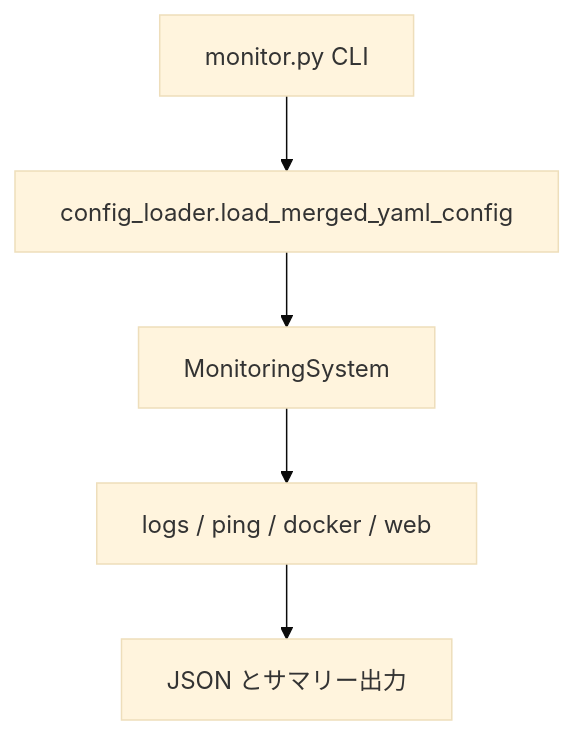
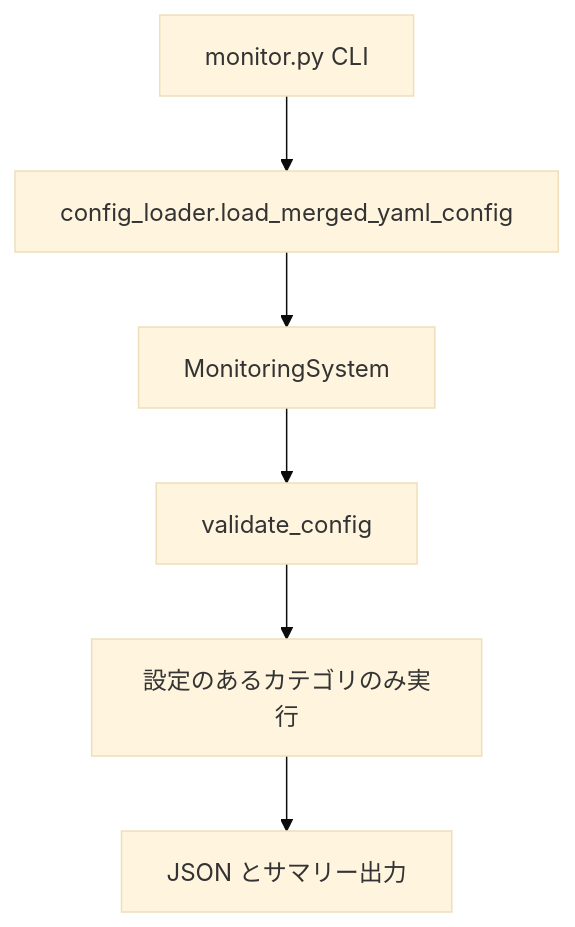
The diagram in docs/architecture.md (wazyc/BeaconBase), drawn with Mermaid (base theme) before and after one commit. The commit also changed other lines of this file and 12 other files, not shown here.

````diff
--- a/docs/architecture.md
+++ b/docs/architecture.md
@@ -18,9 +18,10 @@
 ```mermaid
 flowchart TD
   cli[monitor.py CLI]
   load[config_loader.load_merged_yaml_config]
   ms[MonitoringSystem]
-  checks[logs / ping / docker / web]
+  val[validate_config]
+  checks[設定のあるカテゴリのみ実行]
   save[JSON とサマリー出力]
-  cli --> load --> ms --> checks --> save
+  cli --> load --> ms --> val --> checks --> save
 ```
````
